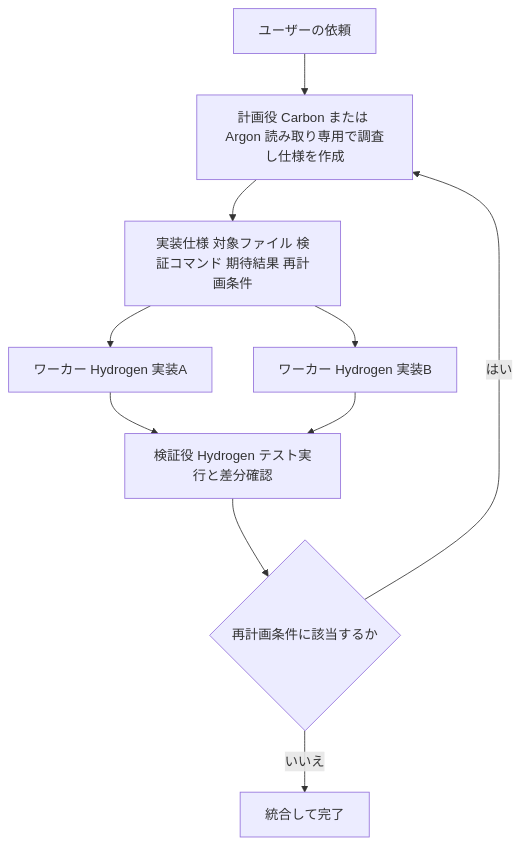
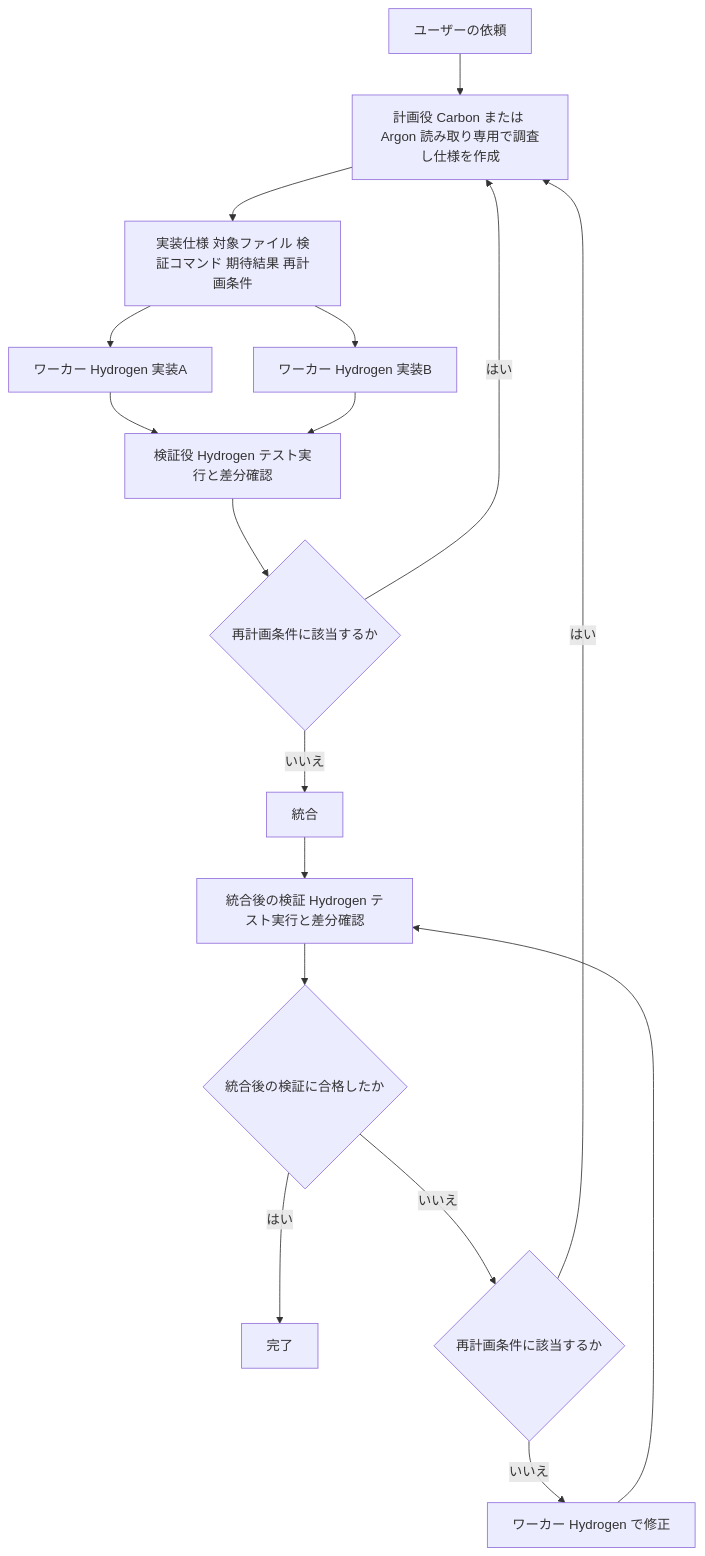
One commit to myoshi2891/Comparison-of-LLMs changed the seventh of 10 diagrams in Gemini-4-hydrogen-guide.md. Above: the diagram before and after it, drawn with Mermaid. The commit also changed other lines of this file and 3 other files, not shown here.

````diff
--- a/Gemini-4-hydrogen-guide.md
+++ b/Gemini-4-hydrogen-guide.md
@@ -473,12 +473,19 @@
 ```mermaid
 flowchart TD
     U["ユーザーの依頼"] --> P["計画役 Carbon または Argon 読み取り専用で調査し仕様を作成"]
     P --> SPEC["実装仕様 対象ファイル 検証コマンド 期待結果 再計画条件"]
     SPEC --> W1["ワーカー Hydrogen 実装A"]
     SPEC --> W2["ワーカー Hydrogen 実装B"]
     W1 --> V["検証役 Hydrogen テスト実行と差分確認"]
     W2 --> V
     V --> R{"再計画条件に該当するか"}
     R -- "はい" --> P
-    R -- "いいえ" --> OUT["統合して完了"]
+    R -- "いいえ" --> INT["統合"]
+    INT --> IV["統合後の検証 Hydrogen テスト実行と差分確認"]
+    IV --> IOK{"統合後の検証に合格したか"}
+    IOK -- "はい" --> OUT["完了"]
+    IOK -- "いいえ" --> IR{"再計画条件に該当するか"}
+    IR -- "はい" --> P
+    IR -- "いいえ" --> FIX["ワーカー Hydrogen で修正"]
+    FIX --> IV
 ```
````
